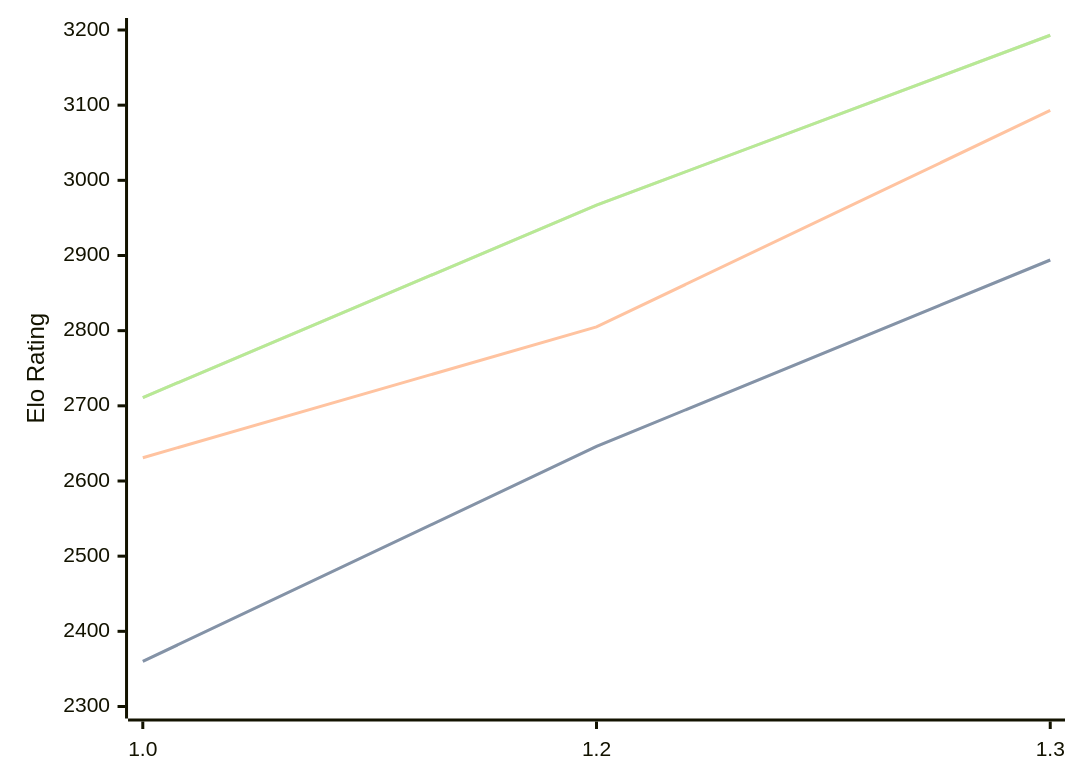
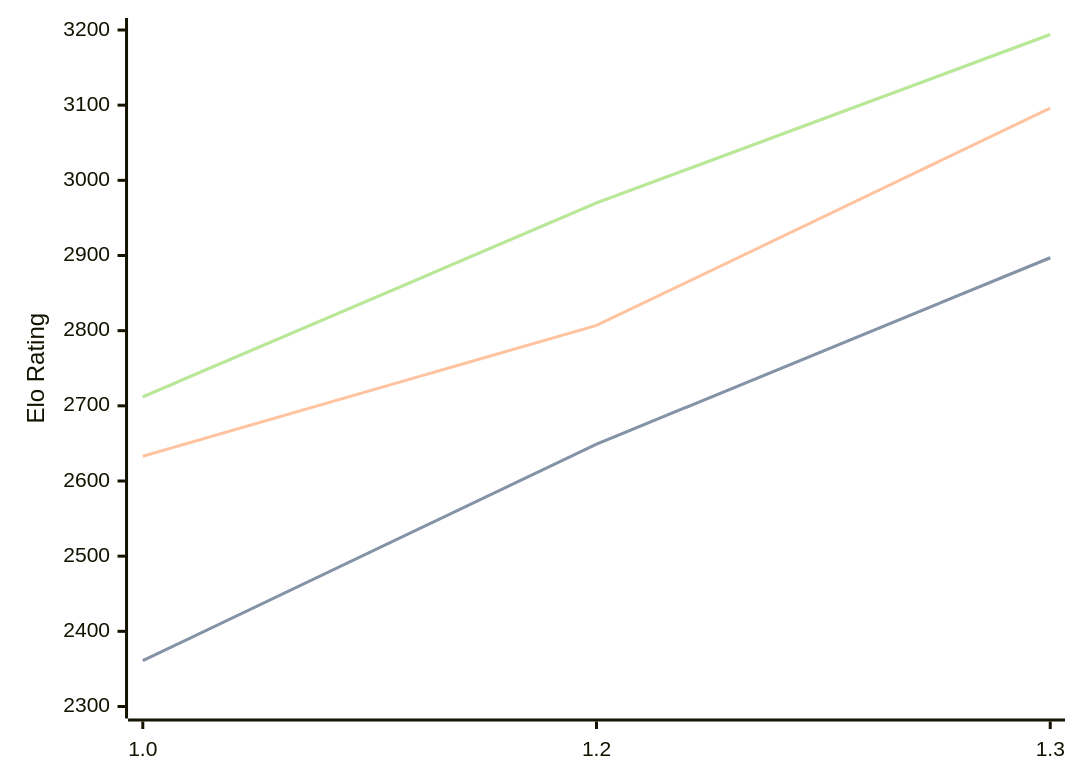
One commit to computer-chess-index/cci changed the diagram in engines/Chessnix.md. Above: the diagram before and after it, drawn with Mermaid. The commit also changed other lines of this file, not shown here.

Commit message:
Update CCI Ratings (ELO VLTC) - 2026-04-11

````diff
--- a/engines/Chessnix.md
+++ b/engines/Chessnix.md
@@ -35,11 +35,11 @@
 ```mermaid
 %%{init: {"theme":"base","themeVariables":{"seriesColors:['#a3a3a3','#222221','#faa371']}}}%%
 xychart-beta
   x-axis ["1.0", "1.2", "1.3"]
   y-axis "Elo Rating" 2300 --> 3200
-  line "STC (8.0+0.08s)" [2360, 2646, 2894]
-  line "STC (8.0+0.08s)" [2360, 2646, 2894]
-  line "LTC (60.0+0.60s)" [2631, 2805, 3093]
-  line "VLTC (2m24s+1.12s)" [2711, 2967, 3193]
-  line "VLTC (2m24s+1.12s)" [2711, 2967, 3193]
+  line "STC (8.0+0.08s)" [2361, 2649, 2897]
+  line "STC (8.0+0.08s)" [2361, 2649, 2897]
+  line "LTC (60.0+0.60s)" [2633, 2807, 3096]
+  line "VLTC (2m24s+1.12s)" [2712, 2970, 3194]
+  line "VLTC (2m24s+1.12s)" [2712, 2970, 3194]
 ```
````
